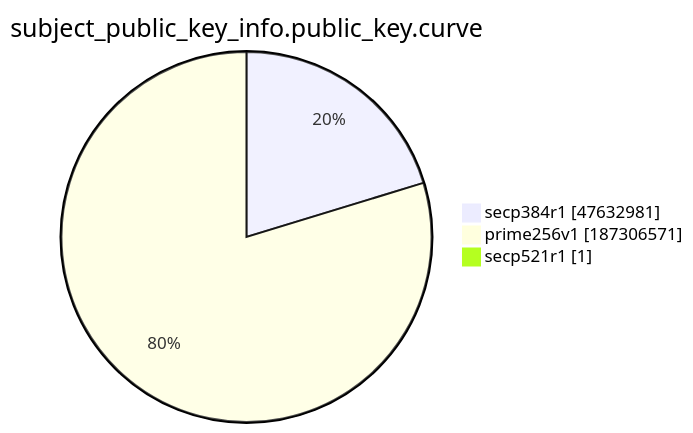
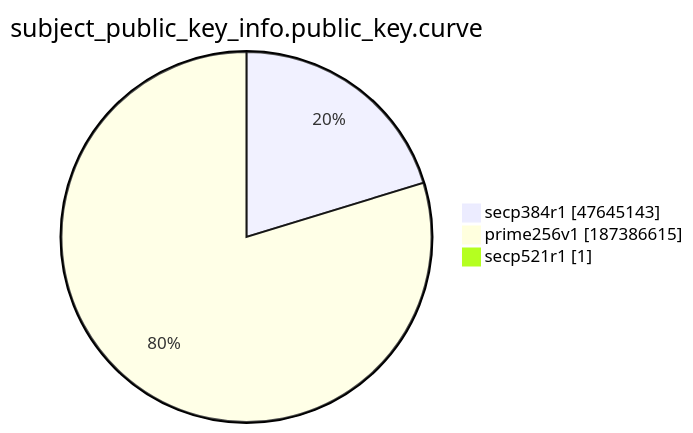
One commit to christiankrug/ctmonitor_visualization changed the ninth of 15 diagrams in xenon2022/README.md. Above: the diagram before and after it, drawn with Mermaid. The commit also changed other lines of this file, not shown here.

````diff
--- a/xenon2022/README.md
+++ b/xenon2022/README.md
@@ -2874,7 +2874,7 @@
 ```mermaid
 pie showData
 title subject_public_key_info.public_key.curve
-"secp384r1" :47632981
-"prime256v1" :187306571
+"secp384r1" :47645143
+"prime256v1" :187386615
 "secp521r1" :1
 ```
````
